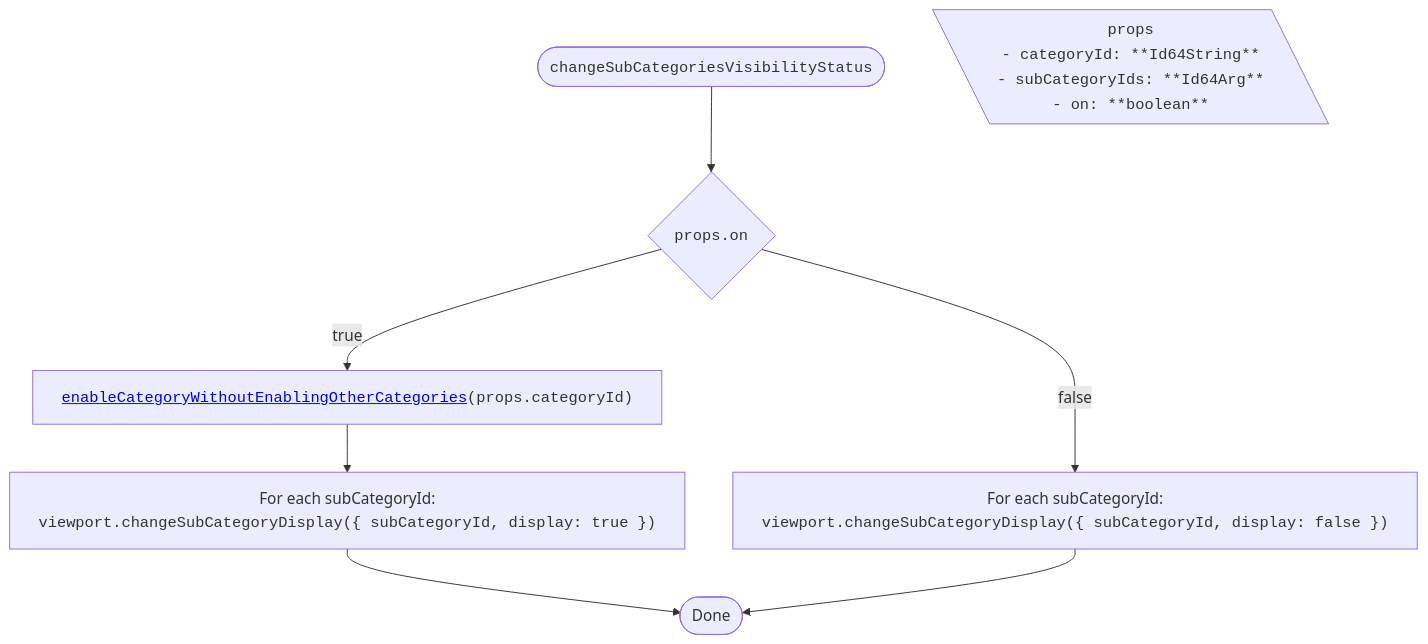
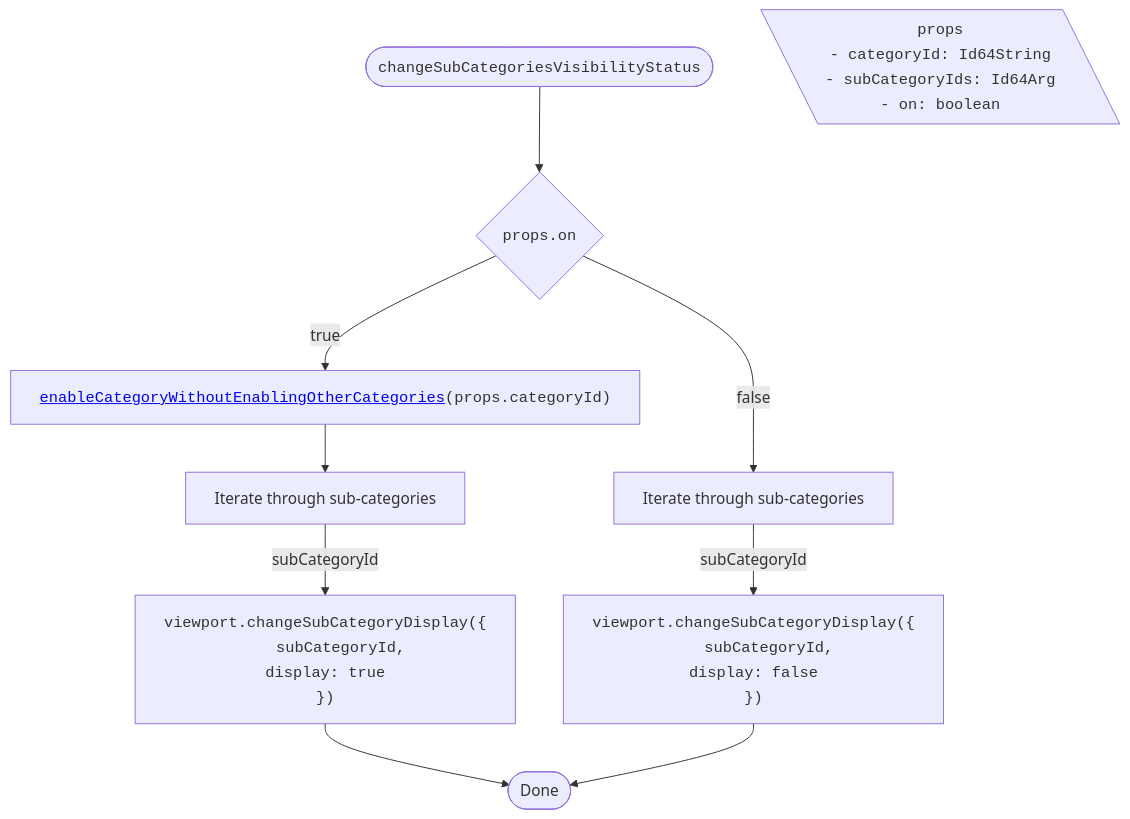
The third of 4 diagrams in packages/itwin/tree-widget/docs/CategoriesTreeVisibilityHandling.md (iTwin/viewer-components-react), drawn with Mermaid before and after one commit. The commit also changed other lines of this file and 4 other files, not shown here.

````diff
--- a/packages/itwin/tree-widget/docs/CategoriesTreeVisibilityHandling.md
+++ b/packages/itwin/tree-widget/docs/CategoriesTreeVisibilityHandling.md
@@ -90,29 +97,37 @@
 ```mermaid
 ---
 config:
   flowchart:
     wrappingWidth: 750
     useMaxWidth: false
 ---
 
 flowchart TD
   RESULT_Done([Done])
 
   %% Start
   TITLE(["<code>changeSubCategoriesVisibilityStatus</code>"]) --> A{"<code>props.on</code>"}
 
   PROPS[\"
     <code>props</code>
-    <code style='text-align: left;'>- categoryId: **Id64String**<br/>- subCategoryIds: **Id64Arg**<br/>- on: **boolean**</code>
+    <code style='text-align: left;'>- categoryId: Id64String<br/>- subCategoryIds: Id64Arg<br/>- on: boolean</code>
   "\]
 
   %% Branch on=true
   A -- true --> B["<code><a href='#enablecategorywithoutenablingothercategories'>enableCategoryWithoutEnablingOtherCategories</a>(props.categoryId)</code>"]
-  B --> C["For each subCategoryId:<br/><code>viewport.changeSubCategoryDisplay({ subCategoryId, display: true })</code>"]
+  B --> C["Iterate through sub-categories"]
+  C -- subCategoryId --> C1["<code style='text-align: left;'>viewport.changeSubCategoryDisplay({
+    <code style='padding-left: 2rem'>subCategoryId,
+    display: true</code>
+  })</code>"]
 
   %% Branch on=false
-  A -- false --> D["For each subCategoryId:<br/><code>viewport.changeSubCategoryDisplay({ subCategoryId, display: false })</code>"]
+  A -- false --> D["Iterate through sub-categories"]
+  D -- subCategoryId --> D1["<code style='text-align: left;'>viewport.changeSubCategoryDisplay({
+    <code style='padding-left: 2rem'>subCategoryId,
+    display: false</code>
+    })</code>"]
 
-  C --> RESULT_Done
-  D --> RESULT_Done
+  C1 --> RESULT_Done
+  D1 --> RESULT_Done
 ```
````
